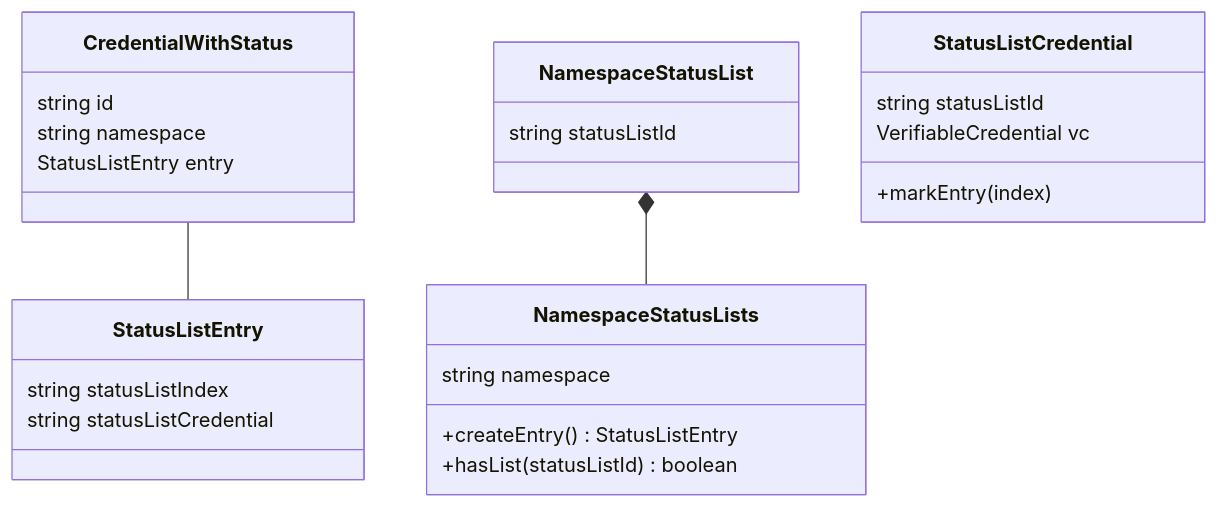
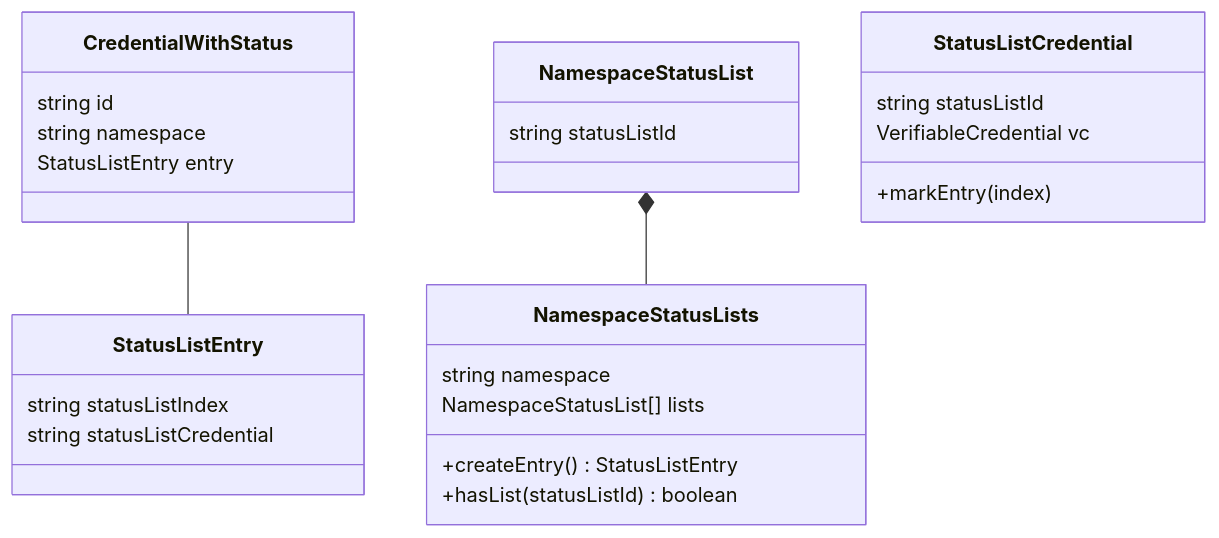
The fourth of 4 diagrams in docs/revocation.md (energywebfoundation/ssi-hub), drawn with Mermaid before and after one commit. The commit also changed other lines of this file, not shown here.

````diff
--- a/docs/revocation.md
+++ b/docs/revocation.md
@@ -113,29 +123,30 @@
 ```mermaid
 classDiagram
 
 CredentialWithStatus -- StatusListEntry
 
 class CredentialWithStatus
 CredentialWithStatus : string id
 CredentialWithStatus : string namespace
 CredentialWithStatus : StatusListEntry entry
 
 class StatusListEntry
 StatusListEntry : string statusListIndex
 StatusListEntry : string statusListCredential
 
 NamespaceStatusList *-- NamespaceStatusLists
 
 class NamespaceStatusLists
 NamespaceStatusLists : string namespace
+NamespaceStatusLists : NamespaceStatusList[] lists
 NamespaceStatusLists : +createEntry() StatusListEntry
 NamespaceStatusLists : +hasList(statusListId) boolean
 
 class NamespaceStatusList
 NamespaceStatusList : string statusListId
 
 class StatusListCredential
 StatusListCredential : string statusListId
 StatusListCredential : VerifiableCredential vc
 StatusListCredential : +markEntry(index)
 ```
````
